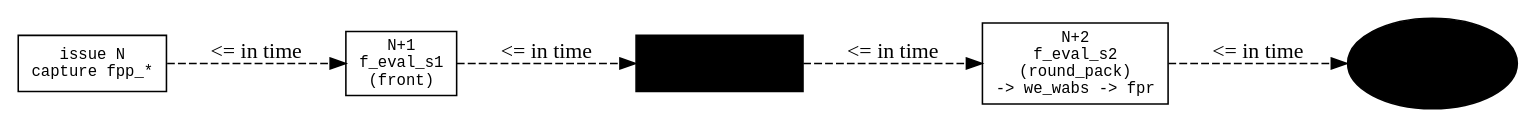
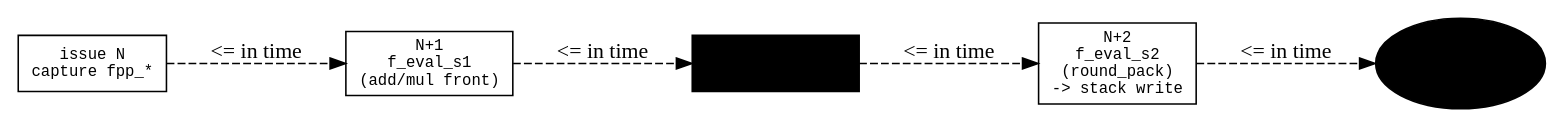
One commit to AL-255/ventium changed the diagram in docs/sphinx/microarch/fp-commit-pipeline.rst. Above: the diagram before and after it, drawn with Graphviz. The commit also changed other lines of this file and 102 other files, not shown here.

```diff
--- a/docs/sphinx/microarch/fp-commit-pipeline.rst
+++ b/docs/sphinx/microarch/fp-commit-pipeline.rst
@@ -79,11 +75,11 @@
 .. graphviz::
 
    digraph fp2 {
      rankdir=LR; node [shape=box, fontsize=10, fontname="monospace"];
      issue   [label="issue N\ncapture fpp_*"];
-     s1      [label="N+1\nf_eval_s1\n(front)"];
+     s1      [label="N+1\nf_eval_s1\n(add/mul front)"];
      reg     [label="fpp2_s1\n(fx_pipe_t reg)", shape=box, style=filled, fillcolor="#cde"];
-     s2      [label="N+2\nf_eval_s2\n(round_pack)\n-> we_wabs -> fpr"];
+     s2      [label="N+2\nf_eval_s2\n(round_pack)\n-> stack write"];
      pub     [label="issue+3\nscoreboard\npublishes", shape=ellipse, style=filled, fillcolor="#dfd"];
      issue -> s1 -> reg -> s2 -> pub [style=dashed,label="<= in time"];
    }
```
